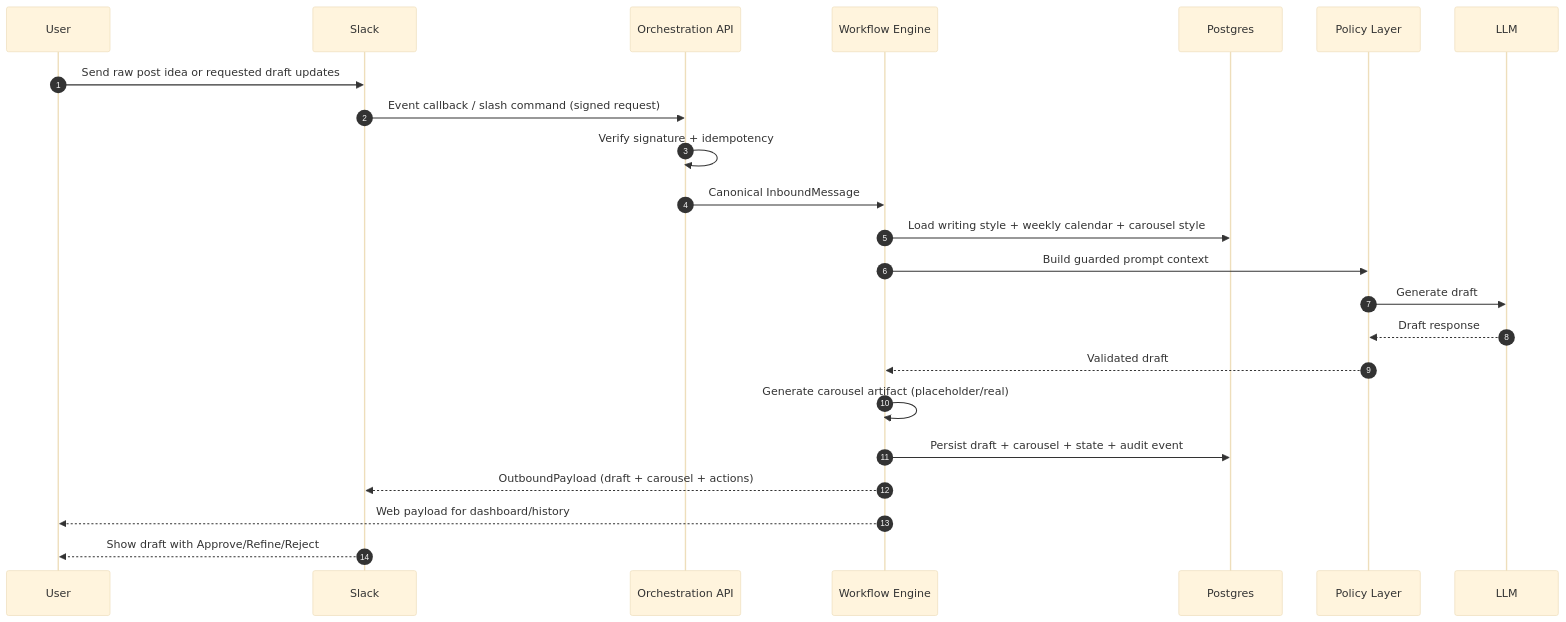
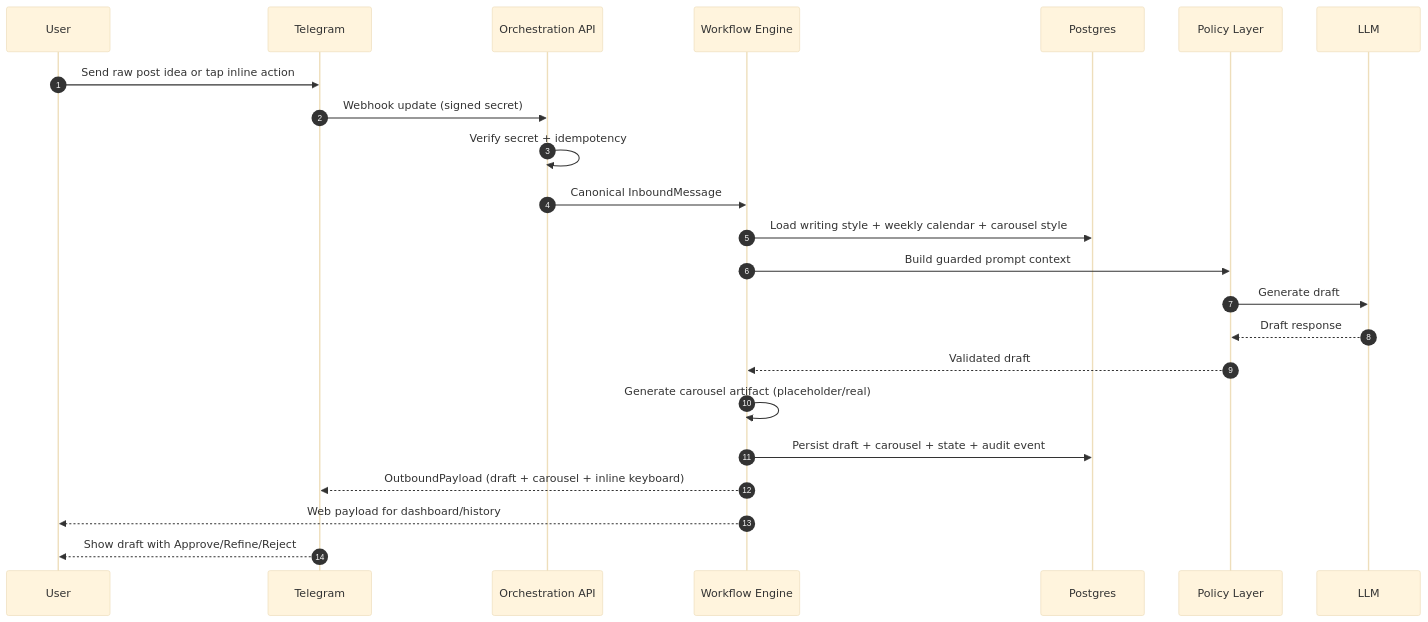
One commit to abhishekkapoorx/virality changed the third of 5 diagrams in Documentation/ARCHITECTURE.md. Above: the diagram before and after it, drawn with Mermaid (base theme). The commit also changed other lines of this file and 23 other files, not shown here.

First line of the commit message:
feat: implement Telegram bot as MVP channel, deferring Slack integration

````diff
--- a/Documentation/ARCHITECTURE.md
+++ b/Documentation/ARCHITECTURE.md
@@ -103,26 +114,26 @@
 ```mermaid
 sequenceDiagram
   autonumber
   participant U as User
-  participant S as Slack
+  participant T as Telegram
   participant A as Orchestration API
   participant E as Workflow Engine
   participant DB as Postgres
   participant P as Policy Layer
   participant L as LLM
 
-  U->>S: Send raw post idea or requested draft updates
-  S->>A: Event callback / slash command (signed request)
-  A->>A: Verify signature + idempotency
+  U->>T: Send raw post idea or tap inline action
+  T->>A: Webhook update (signed secret)
+  A->>A: Verify secret + idempotency
   A->>E: Canonical InboundMessage
   E->>DB: Load writing style + weekly calendar + carousel style
   E->>P: Build guarded prompt context
   P->>L: Generate draft
   L-->>P: Draft response
   P-->>E: Validated draft
   E->>E: Generate carousel artifact (placeholder/real)
   E->>DB: Persist draft + carousel + state + audit event
-  E-->>S: OutboundPayload (draft + carousel + actions)
+  E-->>T: OutboundPayload (draft + carousel + inline keyboard)
   E-->>U: Web payload for dashboard/history
-  S-->>U: Show draft with Approve/Refine/Reject
+  T-->>U: Show draft with Approve/Refine/Reject
 ```
````
